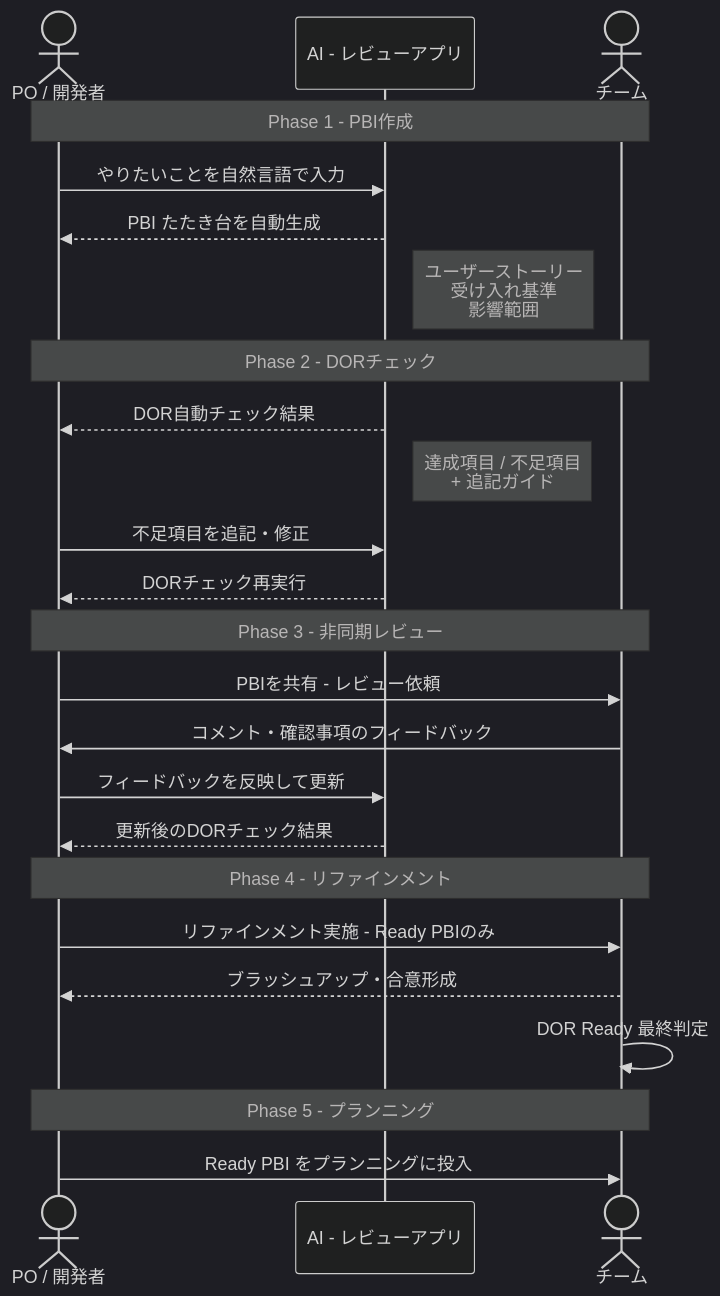
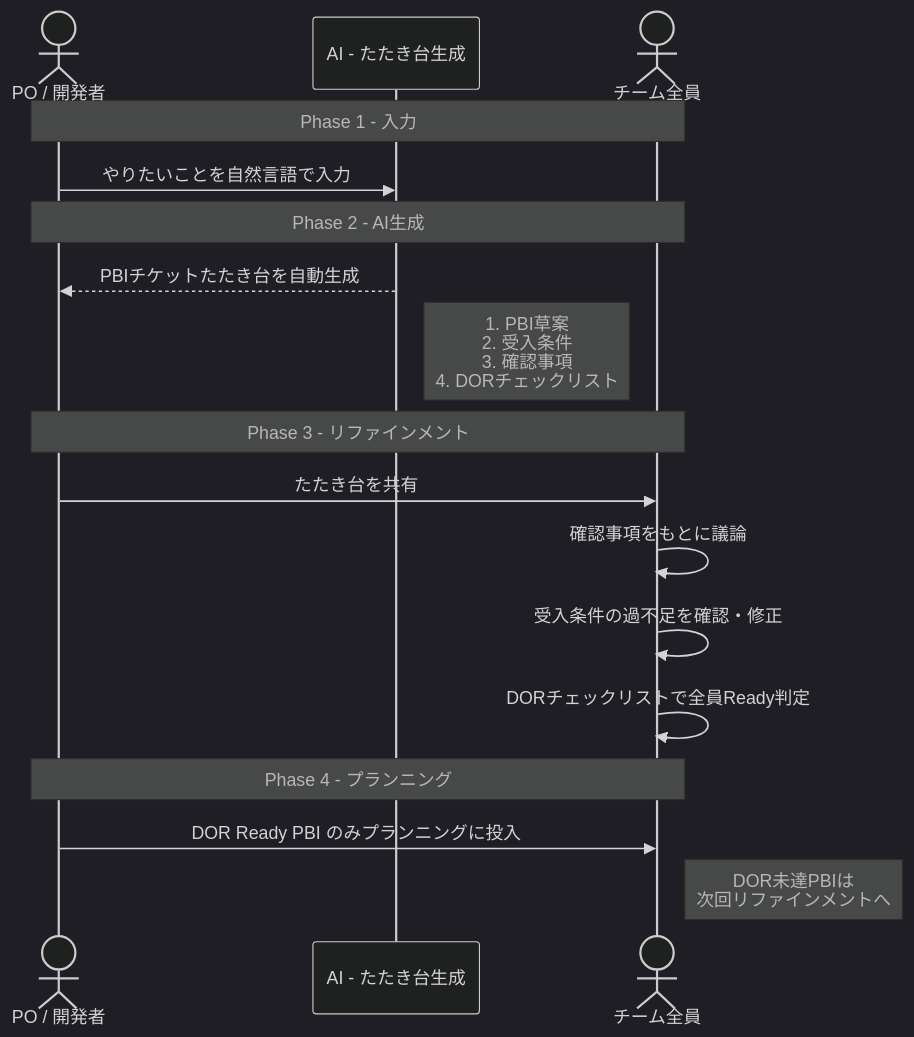
The first of 3 diagrams in docs/usecase-diagram.md (si-sa-a/app1), drawn with Mermaid (dark theme) before and after one commit. The commit also changed other lines of this file and 2 other files, not shown here.

````diff
--- a/docs/usecase-diagram.md
+++ b/docs/usecase-diagram.md
@@ -5,31 +5,23 @@
 ```mermaid
 sequenceDiagram
     actor PO as PO / 開発者
-    participant AI as AI - レビューアプリ
-    actor Team as チーム
+    participant AI as AI - たたき台生成
+    actor Team as チーム全員
 
-    Note over PO,Team: Phase 1 - PBI作成
+    Note over PO,Team: Phase 1 - 入力
     PO->>AI: やりたいことを自然言語で入力
-    AI-->>PO: PBI たたき台を自動生成
-    Note right of AI: ユーザーストーリー<br/>受け入れ基準<br/>影響範囲
 
-    Note over PO,Team: Phase 2 - DORチェック
-    AI-->>PO: DOR自動チェック結果
-    Note right of AI: 達成項目 / 不足項目<br/>+ 追記ガイド
-    PO->>AI: 不足項目を追記・修正
-    AI-->>PO: DORチェック再実行
+    Note over PO,Team: Phase 2 - AI生成
+    AI-->>PO: PBIチケットたたき台を自動生成
+    Note right of AI: 1. PBI草案<br/>2. 受入条件<br/>3. 確認事項<br/>4. DORチェックリスト
 
-    Note over PO,Team: Phase 3 - 非同期レビュー
-    PO->>Team: PBIを共有 - レビュー依頼
-    Team->>PO: コメント・確認事項のフィードバック
-    PO->>AI: フィードバックを反映して更新
-    AI-->>PO: 更新後のDORチェック結果
+    Note over PO,Team: Phase 3 - リファインメント
+    PO->>Team: たたき台を共有
+    Team->>Team: 確認事項をもとに議論
+    Team->>Team: 受入条件の過不足を確認・修正
+    Team->>Team: DORチェックリストで全員Ready判定
 
-    Note over PO,Team: Phase 4 - リファインメント
-    PO->>Team: リファインメント実施 - Ready PBIのみ
-    Team-->>PO: ブラッシュアップ・合意形成
-    Team->>Team: DOR Ready 最終判定
-
-    Note over PO,Team: Phase 5 - プランニング
-    PO->>Team: Ready PBI をプランニングに投入
+    Note over PO,Team: Phase 4 - プランニング
+    PO->>Team: DOR Ready PBI のみプランニングに投入
+    Note right of Team: DOR未達PBIは<br/>次回リファインメントへ
 ```
````
